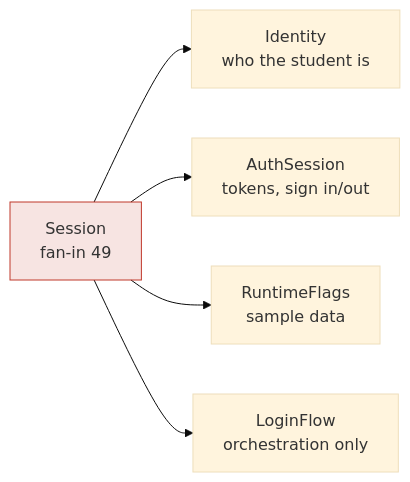
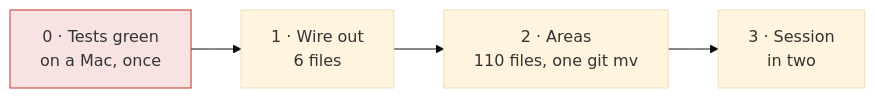
The second of 2 diagrams in docs/data-layer-architecture.md (samuelesegrini/PoliVerse), drawn with Mermaid (base theme) before and after one commit. The commit also changed other lines of this file, not shown here.

````diff
--- a/docs/data-layer-architecture.md
+++ b/docs/data-layer-architecture.md
@@ -255,8 +193,7 @@
 ```mermaid
 flowchart LR
-    S["Session<br/>fan-in 49"] --> I["Identity<br/>who the student is"]
-    S --> A["AuthSession<br/>tokens, sign in/out"]
-    S --> R["RuntimeFlags<br/>sample data"]
-    S --> O["LoginFlow<br/>orchestration only"]
-    style S fill:#c0392b22,stroke:#c0392b
+    P["0 · Tests green<br/>on a Mac, once"] --> S1["1 · Wire out<br/>6 files"]
+    S1 --> S2["2 · Areas<br/>110 files, one git mv"]
+    S2 --> S3["3 · Session<br/>in two"]
+    style P fill:#c0392b22,stroke:#c0392b
 ```
````
